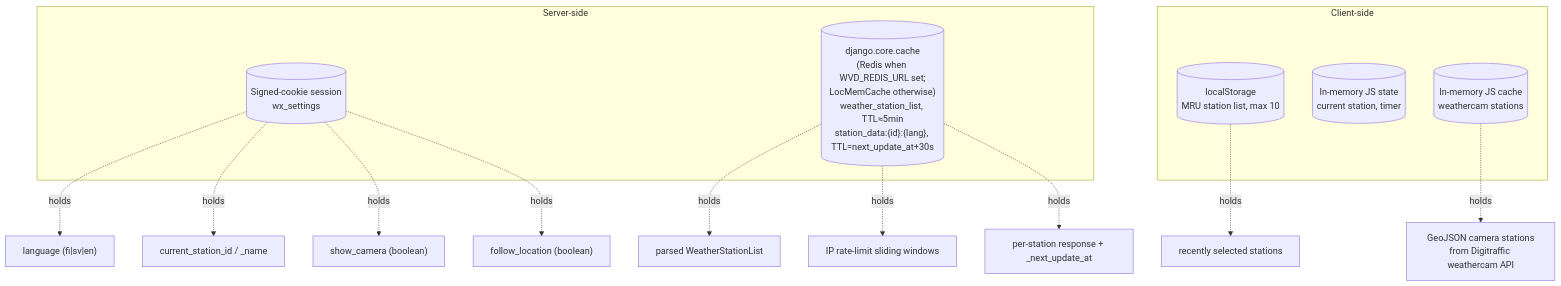
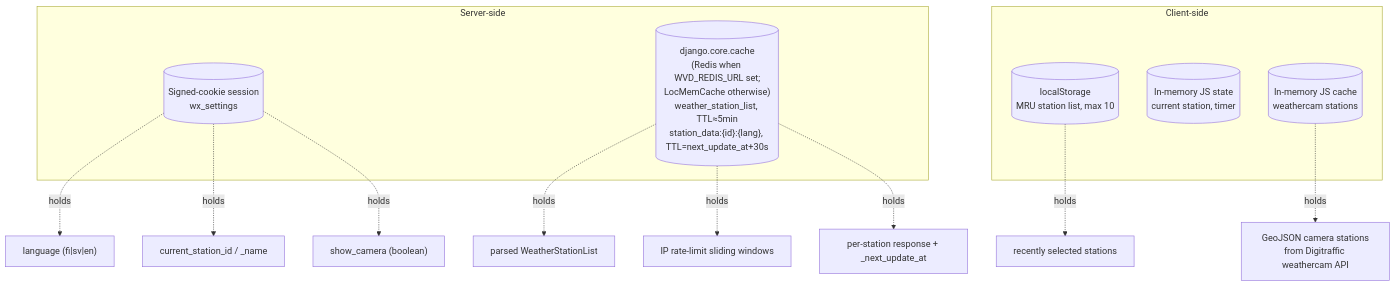
Before and after one commit to jjankkil/weatherview-django: the sixth of 9 diagrams in docs/ARCHITECTURE.md, drawn with Mermaid. The commit also changed other lines of this file and 16 other files, not shown here.

````diff
--- a/docs/ARCHITECTURE.md
+++ b/docs/ARCHITECTURE.md
@@ -364,22 +364,21 @@
 ```mermaid
 flowchart TB
     subgraph Server-side
         S1[("Signed-cookie session<br/>wx_settings")]
         S2[("django.core.cache<br/>(Redis when WVD_REDIS_URL set;<br/>LocMemCache otherwise)<br/>weather_station_list, TTL≈5min<br/>station_data:{id}:{lang}, TTL=next_update_at+30s")]
     end
     subgraph Client-side
         C1[("localStorage<br/>MRU station list, max 10")]
         C2[("In-memory JS state<br/>current station, timer")]
         C3[("In-memory JS cache<br/>weathercam stations")]
     end
 
     S1 -.holds.-> K2["language (fi|sv|en)"]
     S1 -.holds.-> K3["current_station_id / _name"]
     S1 -.holds.-> K6["show_camera (boolean)"]
-    S1 -.holds.-> K8["follow_location (boolean)"]
     S2 -.holds.-> K4["parsed WeatherStationList"]
     S2 -.holds.-> K9["IP rate-limit sliding windows"]
     S2 -.holds.-> K10["per-station response + _next_update_at"]
     C1 -.holds.-> K5["recently selected stations"]
     C3 -.holds.-> K7["GeoJSON camera stations<br/>from Digitraffic weathercam API"]
 ```
````
